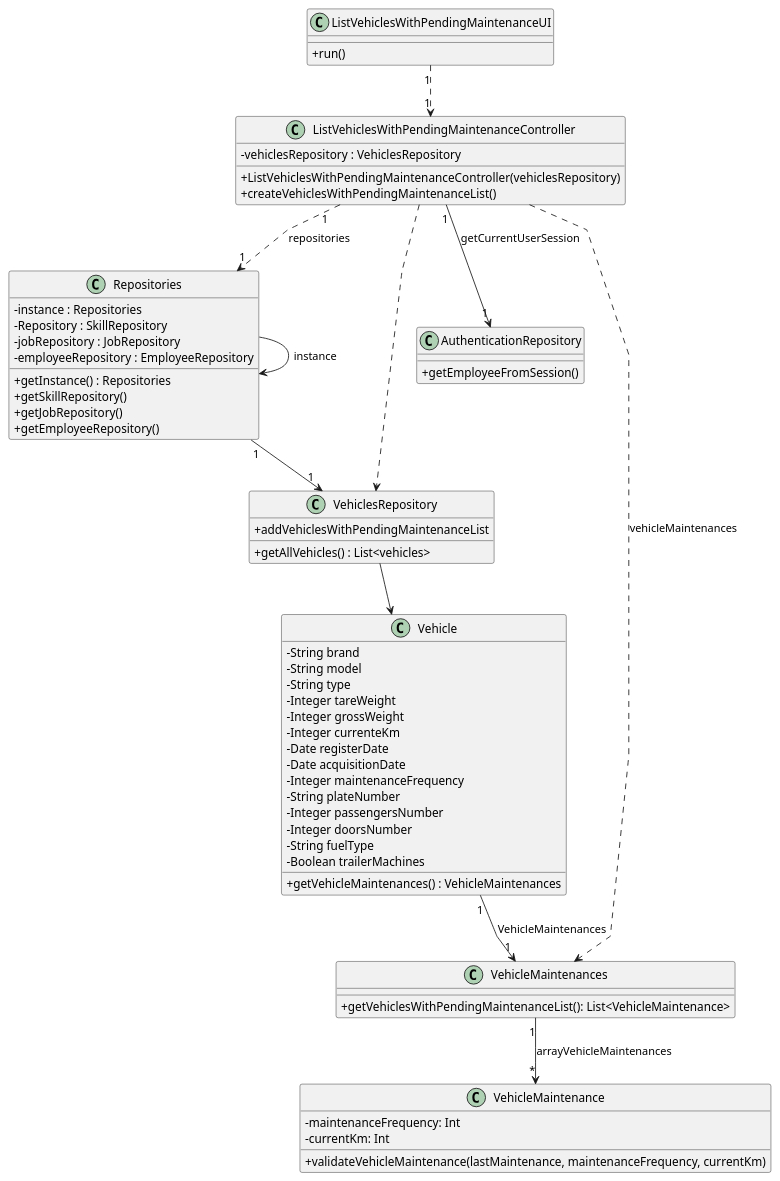
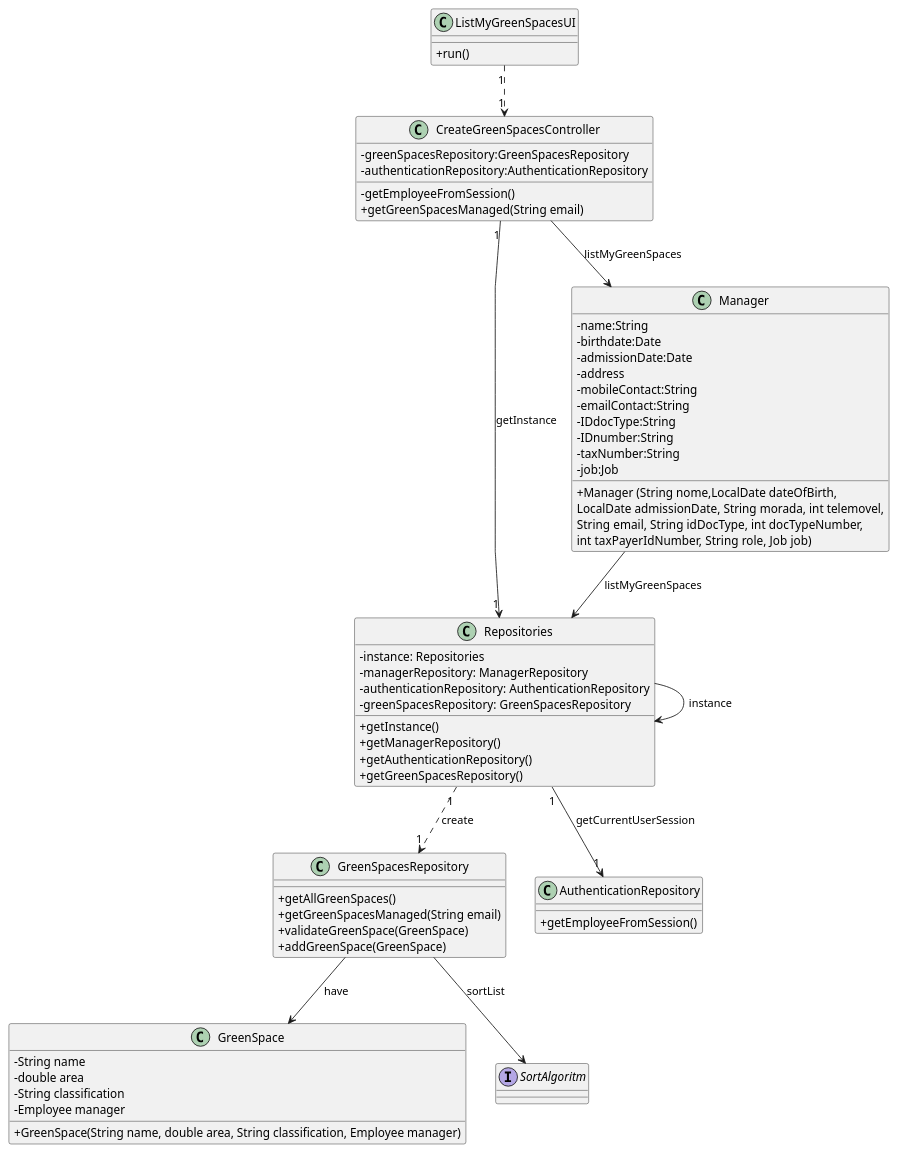
Before and after one commit to Paulo-Pereira-at-ISEP/lei-24-s2-1nanb-g321: the diagram in docs/sprintC/us27/03.design/puml/us27-class-diagram.puml, drawn with PlantUML. The commit also changed 5 other files, not shown here.

```diff
--- a/docs/sprintC/us27/03.design/puml/us27-class-diagram.puml
+++ b/docs/sprintC/us27/03.design/puml/us27-class-diagram.puml
@@ -1,97 +1,88 @@
 @startuml
 'skinparam monochrome true
 skinparam packageStyle rectangle
 skinparam shadowing false
 skinparam linetype polyline
 'skinparam linetype orto
 
 skinparam classAttributeIconSize 0
 
 'left to right direction
 
-class ListVehiclesWithPendingMaintenanceController {
-    -vehiclesRepository : VehiclesRepository
-
-    +ListVehiclesWithPendingMaintenanceController(vehiclesRepository)
-    + createVehiclesWithPendingMaintenanceList()
-
-}
-
-
-class ListVehiclesWithPendingMaintenanceUI {
+class ListMyGreenSpacesUI {
     +run()
 }
 
+class CreateGreenSpacesController {
+    - greenSpacesRepository:GreenSpacesRepository
+    - authenticationRepository:AuthenticationRepository
+
+    - getEmployeeFromSession()
+    + getGreenSpacesManaged(String email)
+}
+
+class Manager{
+    -name:String
+    -birthdate:Date
+    -admissionDate:Date
+    -address
+    -mobileContact:String
+    -emailContact:String
+    -IDdocType:String
+    -IDnumber:String
+    -taxNumber:String
+    -job:Job
+
+    +Manager (String nome,LocalDate dateOfBirth,\nLocalDate admissionDate, String morada, int telemovel,\nString email, String idDocType, int docTypeNumber,\nint taxPayerIdNumber, String role, Job job)
+}
 
 class Repositories{
-    - instance : Repositories
-    - Repository : SkillRepository
-    - jobRepository : JobRepository
-    - employeeRepository : EmployeeRepository
+    - instance: Repositories
+    - managerRepository: ManagerRepository
+    - authenticationRepository: AuthenticationRepository
+    - greenSpacesRepository: GreenSpacesRepository
 
-
-    + getInstance() : Repositories
-    + getSkillRepository()
-    + getJobRepository()
-    + getEmployeeRepository()
+    + getInstance()
+    + getManagerRepository()
+    + getAuthenticationRepository()
+    + getGreenSpacesRepository()
 }
 
-class VehiclesRepository{
-    +getAllVehicles() : List<vehicles>
-    +addVehiclesWithPendingMaintenanceList
+class GreenSpacesRepository{
+    + getAllGreenSpaces()
+    + getGreenSpacesManaged(String email)
+    + validateGreenSpace(GreenSpace)
+    + addGreenSpace(GreenSpace)
 }
 
 class AuthenticationRepository{
     + getEmployeeFromSession()
 }
 
-class Vehicle {
-    - String brand
-    - String model
-    - String type
-    - Integer tareWeight
-    - Integer grossWeight
-    - Integer currenteKm
-    - Date registerDate
-    - Date acquisitionDate
-    - Integer maintenanceFrequency
-    - String plateNumber
-    - Integer passengersNumber
-    - Integer doorsNumber
-    - String fuelType
-    - Boolean trailerMachines
+class GreenSpace {
+    - String name
+    - double area
+    - String classification
+    - Employee manager
 
-    +getVehicleMaintenances() : VehicleMaintenances
+    + GreenSpace(String name, double area, String classification, Employee manager)
 }
 
-class VehicleMaintenance{
--maintenanceFrequency: Int
--currentKm: Int
-
-+validateVehicleMaintenance(lastMaintenance, maintenanceFrequency, currentKm)
-
+interface SortAlgoritm {
 }
 
-class VehicleMaintenances{
-+getVehiclesWithPendingMaintenanceList(): List<VehicleMaintenance>
+ListMyGreenSpacesUI "1" ..> "1" CreateGreenSpacesController
 
-}
-
-
-ListVehiclesWithPendingMaintenanceUI "1" ..> "1" ListVehiclesWithPendingMaintenanceController
-
-Vehicle "1" --> "1" VehicleMaintenances: VehicleMaintenances
-
-VehicleMaintenances "1" --> "*" VehicleMaintenance: arrayVehicleMaintenances
+CreateGreenSpacesController "1" --> "1" Repositories : getInstance
+CreateGreenSpacesController --> Manager : listMyGreenSpaces
 
 Repositories -> Repositories : instance
-Repositories "1" --> "1" VehiclesRepository
+Repositories "1" ..> "1" GreenSpacesRepository : create
+Repositories "1" --> "1" AuthenticationRepository : getCurrentUserSession
 
-VehiclesRepository --> Vehicle
+GreenSpacesRepository --> GreenSpace : have
+GreenSpacesRepository --> SortAlgoritm : sortList
 
-ListVehiclesWithPendingMaintenanceController ..> VehicleMaintenances : vehicleMaintenances
-ListVehiclesWithPendingMaintenanceController ..> VehiclesRepository
-ListVehiclesWithPendingMaintenanceController "1" ..> "1" Repositories : repositories
-ListVehiclesWithPendingMaintenanceController "1" --> "1" AuthenticationRepository : getCurrentUserSession
+Manager --> Repositories : listMyGreenSpaces
 
 @enduml
```
